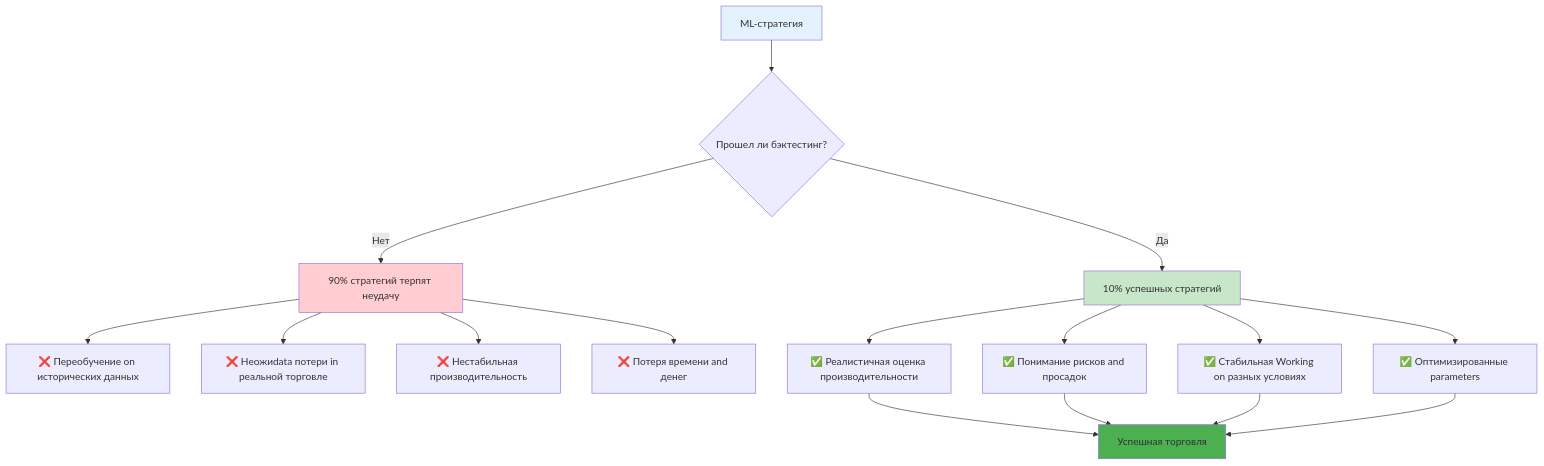
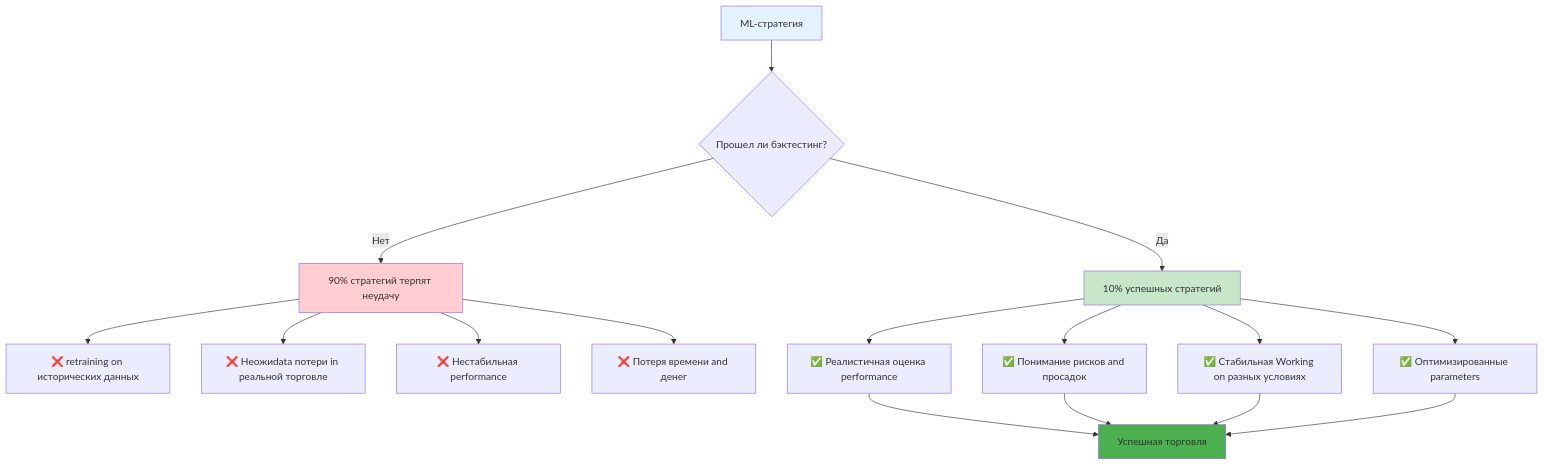
The first of 9 diagrams in docs/automl/gluon/29_backtesting_methods.md (NeoZorK/neozork-hld-prediction), drawn with Mermaid before and after one commit. The commit also changed other lines of this file and 88 other files, not shown here.

````diff
--- a/docs/automl/gluon/29_backtesting_methods.md
+++ b/docs/automl/gluon/29_backtesting_methods.md
@@ -10,26 +10,26 @@
 ```mermaid
 graph TD
 A[ML-стратегия] --> B{Прошел ли бэктестинг?}
 
 B -->|Нет| C[90% стратегий терпят неудачу]
-C --> D[❌ Переобучение on исторических данных]
+C --> D[❌ retraining on исторических данных]
 C --> E[❌ Неожиdata потери in реальной торговле]
-C --> F[❌ Нестабильная производительность]
+C --> F[❌ Нестабильная performance]
 C --> G[❌ Потеря времени and денег]
 
 B -->|Да| H[10% успешных стратегий]
-H --> I[✅ Реалистичная оценка производительности]
+H --> I[✅ Реалистичная оценка performance]
 H --> J[✅ Понимание рисков and просадок]
 H --> K[✅ Стабильная Working on разных условиях]
 H --> L[✅ Оптимизированные parameters]
 
 I --> M[Успешная торговля]
  J --> M
  K --> M
  L --> M
 
  style A fill:#e3f2fd
  style C fill:#ffcdd2
  style H fill:#c8e6c9
  style M fill:#4caf50
 ```
````
